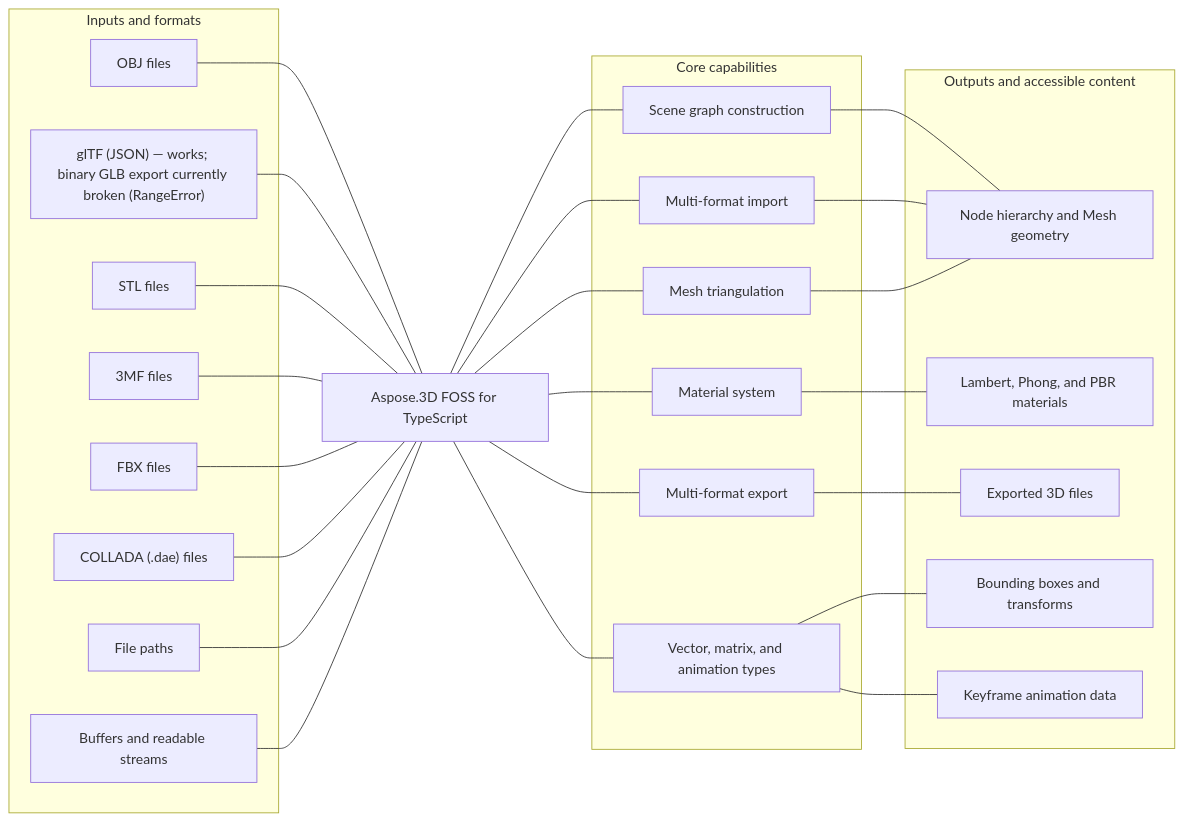
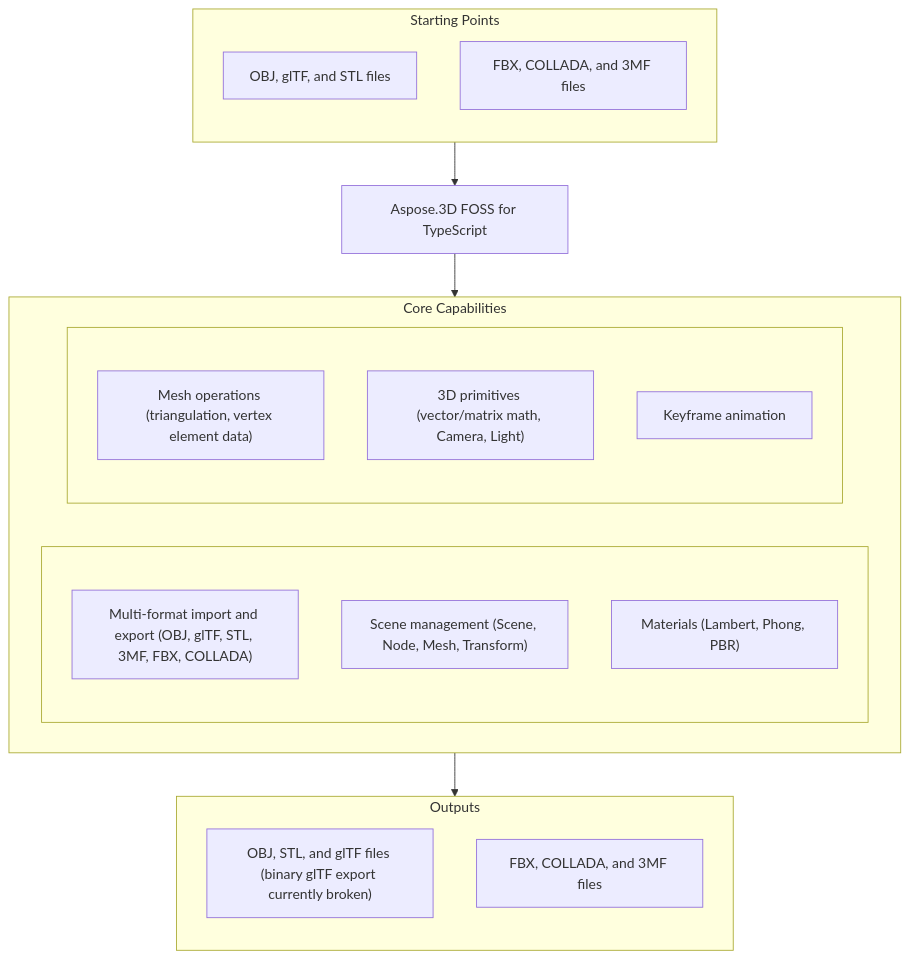
Before and after one commit to aspose-3d-foss/Aspose.3D-FOSS-for-TypeScript: the diagram in README.md, drawn with Mermaid. The commit also changed other lines of this file, not shown here.

````diff
--- a/README.md
+++ b/README.md
@@ -25,54 +27,30 @@
 ```mermaid
-flowchart LR
-  subgraph Inputs["Inputs and formats"]
-    I1["OBJ files"]
-    I2["glTF (JSON) — works; binary GLB export currently broken (RangeError)"]
-    I3["STL files"]
-    I4["3MF files"]
-    I5["FBX files"]
-    I6["COLLADA (.dae) files"]
-    I7["File paths"]
-    I8["Buffers and readable streams"]
+flowchart TD
+  subgraph StartingPoints["Starting Points"]
+    direction TB
+    sp1["OBJ, glTF, and STL files"]
+    sp2["FBX, COLLADA, and 3MF files"]
   end
-
   PRODUCT["Aspose.3D FOSS for TypeScript"]
-
-  subgraph Capabilities["Core capabilities"]
-    C1["Scene graph construction"]
-    C2["Multi-format import"]
-    C3["Multi-format export"]
-    C4["Material system"]
-    C5["Mesh triangulation"]
-    C6["Vector, matrix, and animation types"]
+  subgraph Capabilities["Core Capabilities"]
+    direction LR
+    subgraph capl[" "]
+      direction TB
+      c1["Multi-format import and export (OBJ, glTF, STL, 3MF, FBX, COLLADA)"]
+      c2["Scene management (Scene, Node, Mesh, Transform)"]
+      c3["Materials (Lambert, Phong, PBR)"]
+    end
+    subgraph capr[" "]
+      direction TB
+      c4["Mesh operations (triangulation, vertex element data)"]
+      c5["3D primitives (vector/matrix math, Camera, Light)"]
+      c6["Keyframe animation"]
+    end
   end
-
-  subgraph Outputs["Outputs and accessible content"]
-    O1["Node hierarchy and Mesh geometry"]
-    O2["Lambert, Phong, and PBR materials"]
-    O3["Exported 3D files"]
-    O4["Bounding boxes and transforms"]
-    O5["Keyframe animation data"]
+  subgraph Outputs["Outputs"]
+    direction TB
+    o1["OBJ, STL, and glTF files (binary glTF export currently broken)"]
+    o2["FBX, COLLADA, and 3MF files"]
   end
-
-  I1 --- PRODUCT
-  I2 --- PRODUCT
-  I3 --- PRODUCT
-  I4 --- PRODUCT
-  I5 --- PRODUCT
-  I6 --- PRODUCT
-  I7 --- PRODUCT
-  I8 --- PRODUCT
-  PRODUCT --- C1
-  PRODUCT --- C2
-  PRODUCT --- C3
-  PRODUCT --- C4
-  PRODUCT --- C5
-  PRODUCT --- C6
-  C1 --- O1
-  C2 --- O1
-  C3 --- O3
-  C4 --- O2
-  C5 --- O1
-  C6 --- O4
-  C6 --- O5
+  StartingPoints --> PRODUCT --> Capabilities --> Outputs
 ```
````
